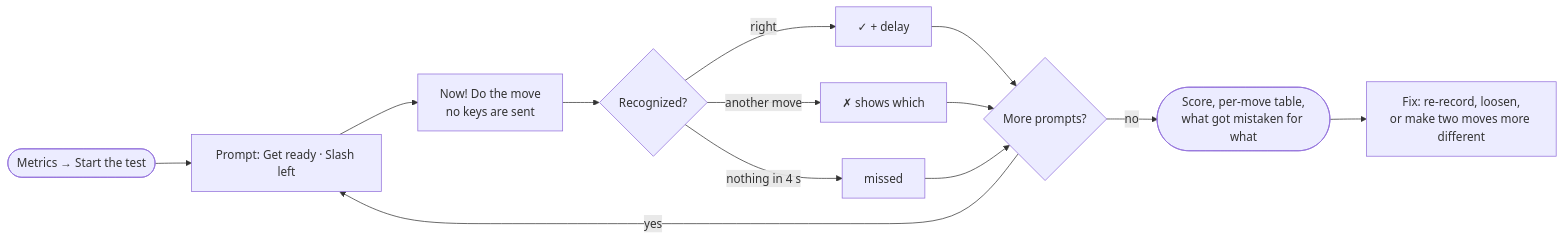
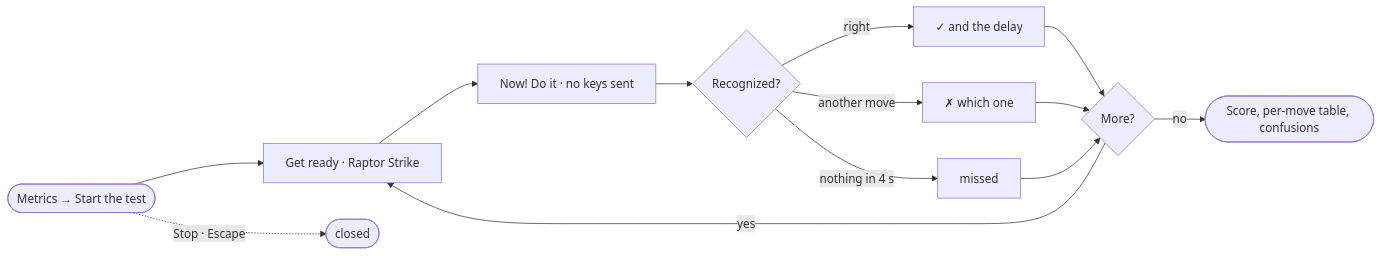
The eighth of 8 diagrams in docs/user-flows.md (Gordoburrito/mocap-wow), drawn with Mermaid before and after one commit. The commit also changed other lines of this file and 14 other files, not shown here.

````diff
--- a/docs/user-flows.md
+++ b/docs/user-flows.md
@@ -66,15 +148,13 @@
 ```mermaid
 flowchart LR
-    A([Metrics → Start the test]) --> B[Prompt: Get ready · Slash left]
-    B --> C[Now! Do the move<br/>no keys are sent]
+    A([Metrics → Start the test]) --> B[Get ready · Raptor Strike]
+    B --> C[Now! Do it · no keys sent]
     C --> D{Recognized?}
-    D -- right --> E[✓ + delay]
-    D -- another move --> F[✗ shows which]
+    D -- right --> E[✓ and the delay]
+    D -- another move --> F[✗ which one]
     D -- nothing in 4 s --> G[missed]
-    E --> H{More prompts?}
-    F --> H
-    G --> H
+    E & F & G --> H{More?}
     H -- yes --> B
-    H -- no --> I([Score, per-move table,<br/>what got mistaken for what])
-    I --> J[Fix: re-record, loosen,<br/>or make two moves more different]
+    H -- no --> I([Score, per-move table, confusions])
+    A -. Stop · Escape .-> J([closed])
 ```
````
